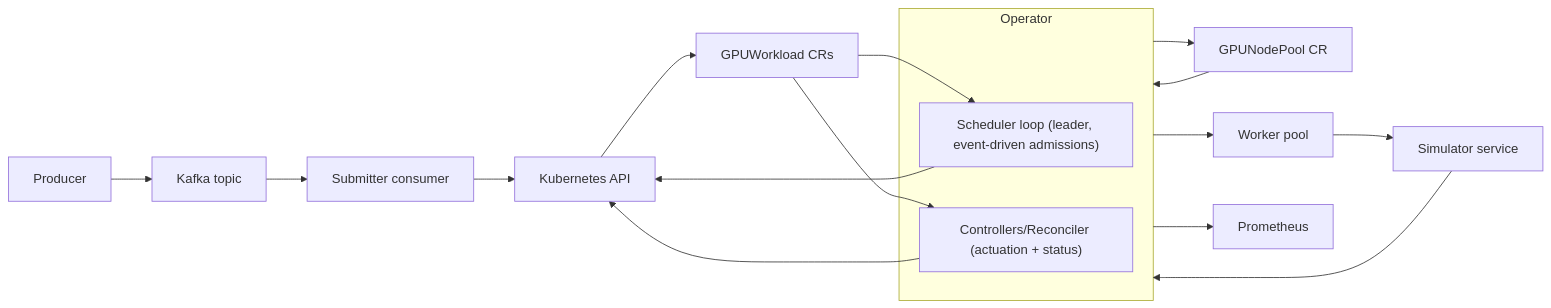
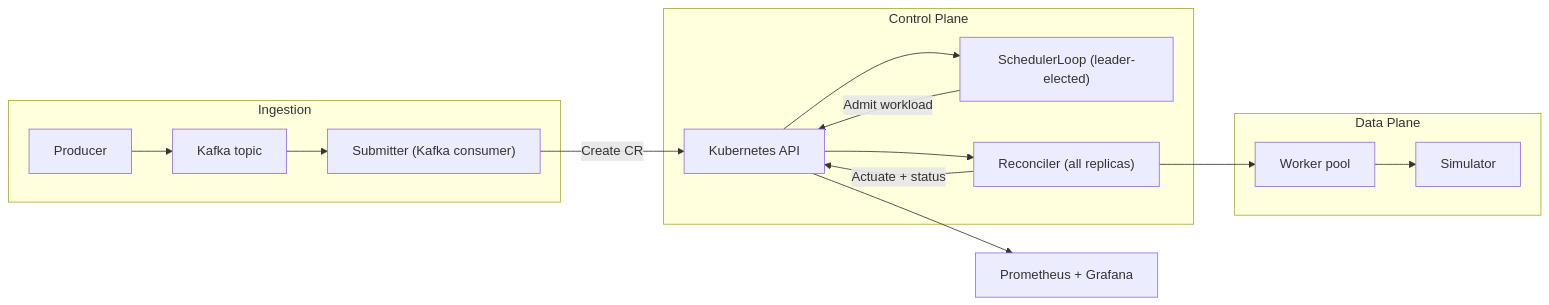
The first of 2 diagrams in README.md (ishanchopra90/GpuScheduler), drawn with Mermaid before and after one commit. The commit also changed other lines of this file and 71 other files, not shown here.

````diff
--- a/README.md
+++ b/README.md
@@ -81,25 +32,22 @@
 ```mermaid
 flowchart LR
-  Producer[Producer] --> Kafka[Kafka topic]
-  Kafka --> Submitter[Submitter consumer]
-  Submitter --> KubeAPI[Kubernetes API]
-  KubeAPI --> CRD[GPUWorkload CRs]
+  subgraph Ingestion
+    Producer --> Kafka["Kafka topic"]
+    Kafka --> Submitter["Submitter (Kafka consumer)"]
+  end
 
-  subgraph Operator
-    Sched["Scheduler loop (leader, event-driven admissions)"]
-    Ctrl["Controllers/Reconciler (actuation + status)"]
+  subgraph ControlPlane["Control Plane"]
+    Submitter -->|Create CR| API["Kubernetes API"]
+    API --> Sched["SchedulerLoop (leader-elected)"]
+    API --> Reconciler["Reconciler (all replicas)"]
+    Sched -->|"Admit workload"| API
+    Reconciler -->|"Actuate + status"| API
   end
-  CRD --> Sched
-  Sched --> KubeAPI
-  CRD --> Ctrl
-  Ctrl --> KubeAPI
 
-  Operator --> Pool[GPUNodePool CR]
-  Pool --> Operator
+  subgraph DataPlane["Data Plane"]
+    Reconciler --> Workers["Worker pool"]
+    Workers --> Sim["Simulator"]
+  end
 
-  Operator --> Workers[Worker pool]
-  Workers --> Simulator[Simulator service]
-  Simulator --> Operator
-
-  Operator --> Metrics[Prometheus]
+  API --> Metrics["Prometheus + Grafana"]
 ```
````
